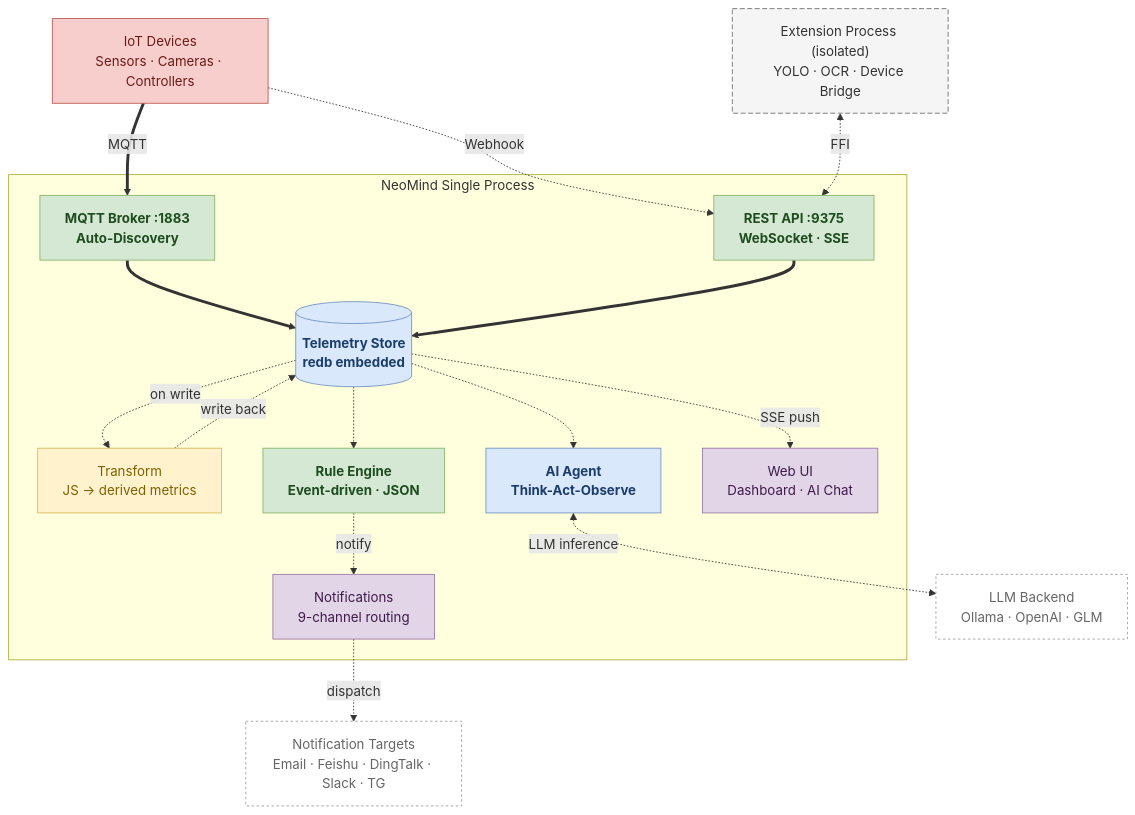
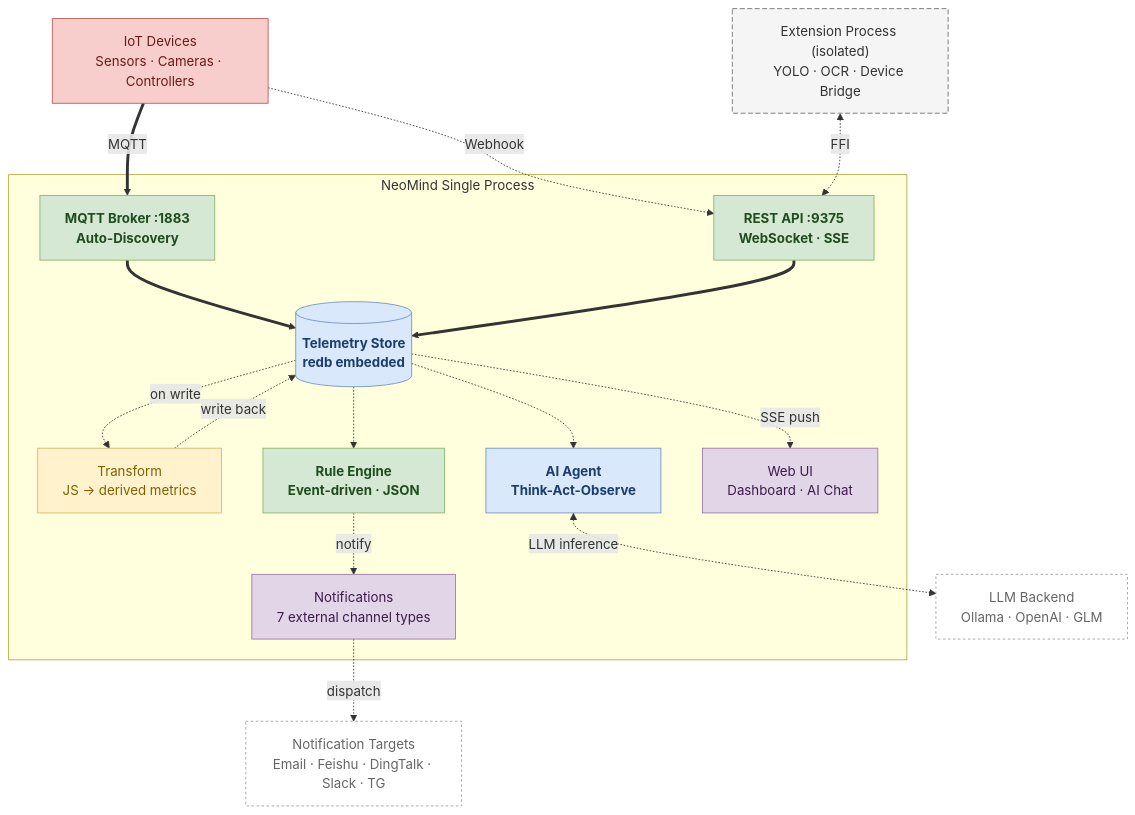
Before and after one commit to camthink-ai/wiki-documents: the first of 5 diagrams in i18n/en/docusaurus-plugin-content-docs/current/0-neomind/concepts/2-core-concepts.md, drawn with Mermaid. The commit also changed other lines of this file and 64 other files, not shown here.

````diff
--- a/i18n/en/docusaurus-plugin-content-docs/current/0-neomind/concepts/2-core-concepts.md
+++ b/i18n/en/docusaurus-plugin-content-docs/current/0-neomind/concepts/2-core-concepts.md
@@ -22,42 +22,42 @@
 ```mermaid
 flowchart TB
     subgraph neo["NeoMind Single Process"]
         MQTT["MQTT Broker :1883<br/>Auto-Discovery"]:::core
         API["REST API :9375<br/>WebSocket · SSE"]:::core
         STORE[("Telemetry Store<br/>redb embedded")]:::store
         TRANSFORM["Transform<br/>JS → derived metrics"]:::pipeline
         RULE["Rule Engine<br/>Event-driven · JSON"]:::core
         AGENT["AI Agent<br/>Think-Act-Observe"]:::ai
         WEBUI["Web UI<br/>Dashboard · AI Chat"]:::consumer
-        MSG["Notifications<br/>9-channel routing"]:::consumer
+        MSG["Notifications<br/>7 external channel types"]:::consumer
 
         MQTT ==> STORE
         API ==> STORE
         STORE -.->|"on write"| TRANSFORM
         TRANSFORM -.->|"write back"| STORE
         STORE -.-> RULE
         STORE -.-> AGENT
         RULE -.->|"notify"| MSG
         STORE -.->|"SSE push"| WEBUI
     end
 
     DEV["IoT Devices<br/>Sensors · Cameras · Controllers"]:::device
     LLM["LLM Backend<br/>Ollama · OpenAI · GLM"]:::external
     EXT["Extension Process (isolated)<br/>YOLO · OCR · Device Bridge"]:::extension
     TARGET["Notification Targets<br/>Email · Feishu · DingTalk · Slack · TG"]:::external
 
     DEV ==>|"MQTT"| MQTT
     DEV -.->|"Webhook"| API
     AGENT <-.->|"LLM inference"| LLM
     EXT <-.->|"FFI"| API
     MSG -.->|"dispatch"| TARGET
 
     classDef core fill:#d5e8d4,stroke:#82b366,color:#1f4d1f,font-weight:bold
     classDef store fill:#dae8fc,stroke:#6c8ebf,color:#1a3d6b,font-weight:bold
     classDef device fill:#f8cecc,stroke:#b85450,color:#6b1a1a
     classDef pipeline fill:#fff2cc,stroke:#d6b656,color:#7f6000
     classDef extension fill:#f5f5f5,stroke:#666,stroke-dasharray:6 3,color:#333
     classDef consumer fill:#e1d5e7,stroke:#9673a6,color:#3d1a4b
     classDef ai fill:#dae8fc,stroke:#6c8ebf,color:#1a3d6b,font-weight:bold
     classDef external fill:#fff,stroke:#999,stroke-dasharray:3 3,color:#666
 ```
````
